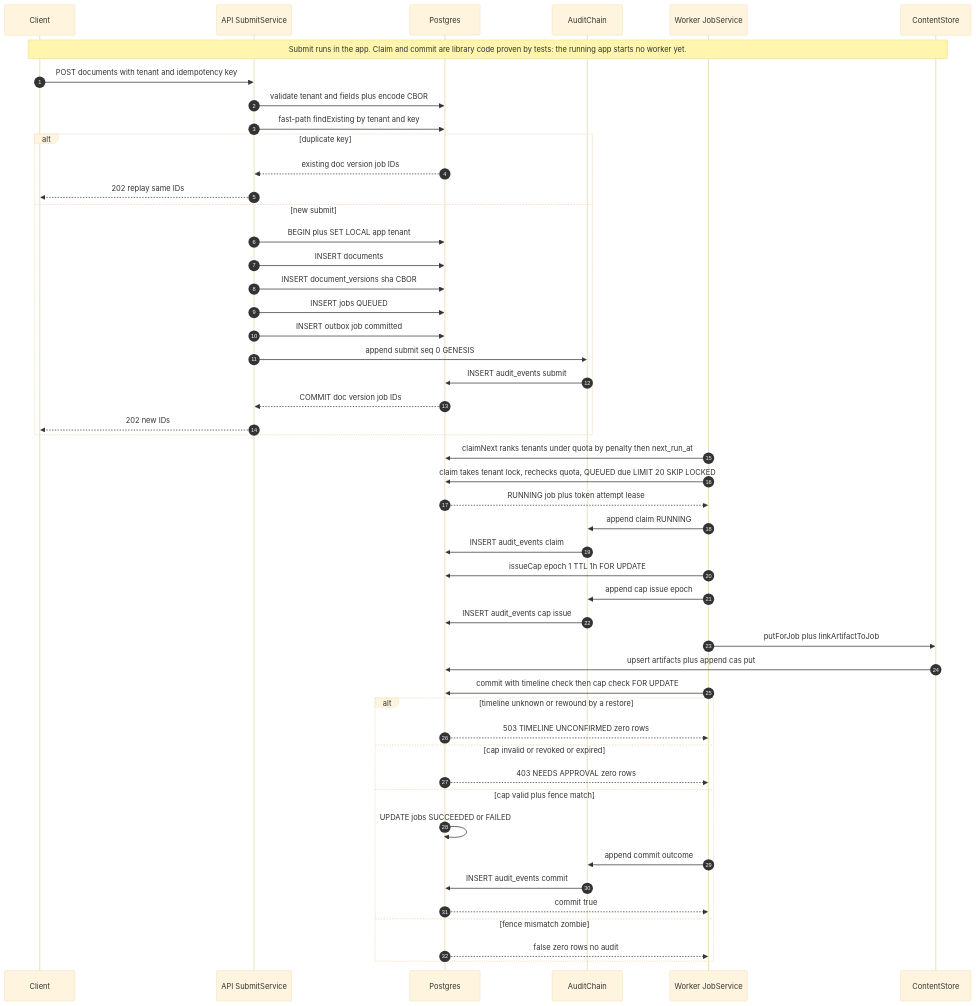
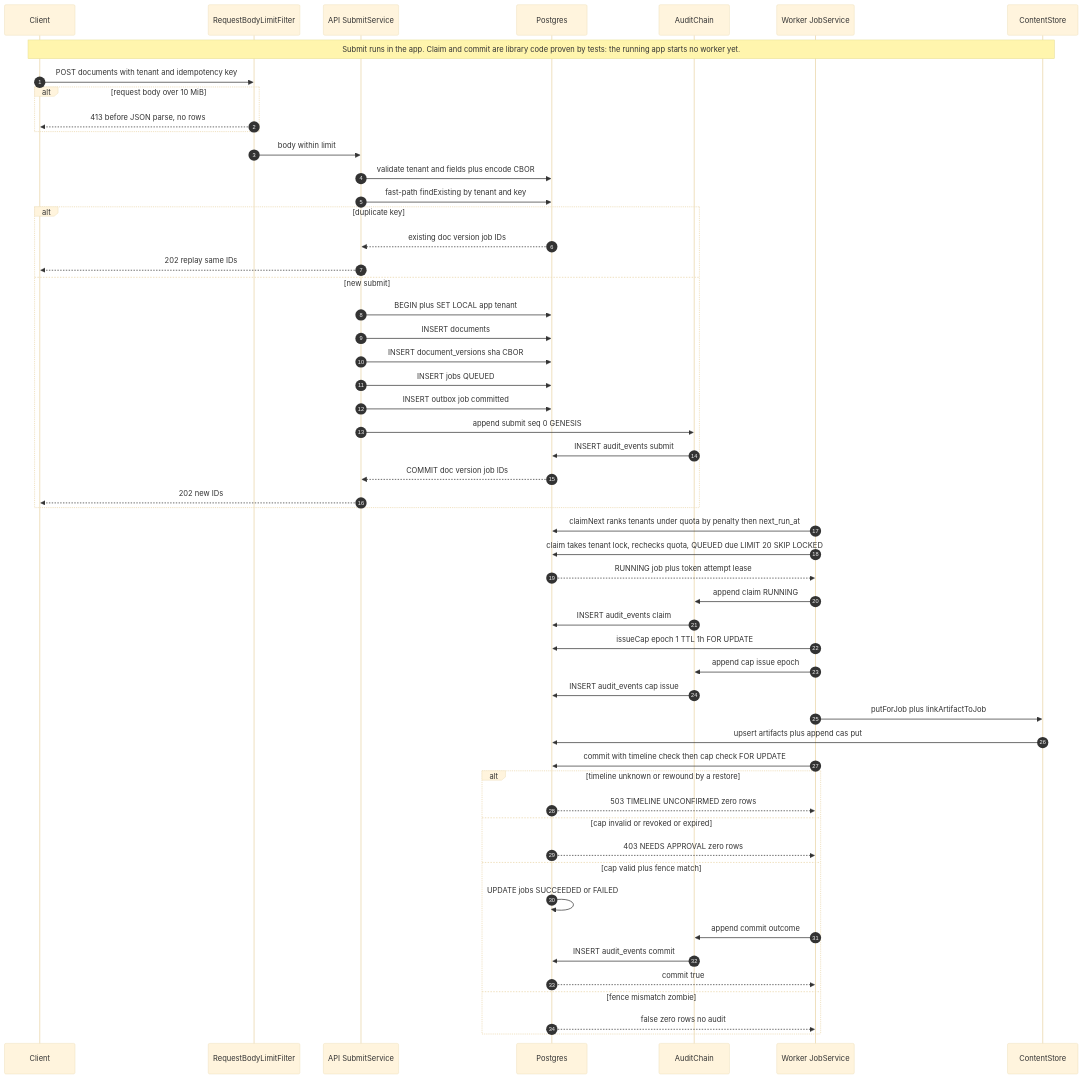
One commit to G1DO/anvil changed the diagram in docs/architecture/flow-submit-claim-commit.mmd. Above: the diagram before and after it, drawn with Mermaid (base theme). The commit also changed 12 other files, not shown here.

First line of the commit message:
Enforce the invoice upload limit before parsing

```diff
--- a/docs/architecture/flow-submit-claim-commit.mmd
+++ b/docs/architecture/flow-submit-claim-commit.mmd
@@ -1,49 +1,54 @@
 sequenceDiagram
     autonumber
     participant C as Client
+    participant L as RequestBodyLimitFilter
     participant A as API SubmitService
     participant D as Postgres
     participant U as AuditChain
     participant W as Worker JobService
     participant S as ContentStore
     Note over C,S: Submit runs in the app. Claim and commit are library code proven by tests: the running app starts no worker yet.
-    C->>A: POST documents with tenant and idempotency key
+    C->>L: POST documents with tenant and idempotency key
+    alt request body over 10 MiB
+        L-->>C: 413 before JSON parse, no rows
+    end
+    L->>A: body within limit
     A->>D: validate tenant and fields plus encode CBOR
     A->>D: fast-path findExisting by tenant and key
     alt duplicate key
         D-->>A: existing doc version job IDs
         A-->>C: 202 replay same IDs
     else new submit
         A->>D: BEGIN plus SET LOCAL app tenant
         A->>D: INSERT documents
         A->>D: INSERT document_versions sha CBOR
         A->>D: INSERT jobs QUEUED
         A->>D: INSERT outbox job committed
         A->>U: append submit seq 0 GENESIS
         U->>D: INSERT audit_events submit
         D-->>A: COMMIT doc version job IDs
         A-->>C: 202 new IDs
     end
     W->>D: claimNext ranks tenants under quota by penalty then next_run_at
     W->>D: claim takes tenant lock, rechecks quota, QUEUED due LIMIT 20 SKIP LOCKED
     D-->>W: RUNNING job plus token attempt lease
     W->>U: append claim RUNNING
     U->>D: INSERT audit_events claim
     W->>D: issueCap epoch 1 TTL 1h FOR UPDATE
     W->>U: append cap issue epoch
     U->>D: INSERT audit_events cap issue
     W->>S: putForJob plus linkArtifactToJob
     S->>D: upsert artifacts plus append cas put
     W->>D: commit with timeline check then cap check FOR UPDATE
     alt timeline unknown or rewound by a restore
         D-->>W: 503 TIMELINE UNCONFIRMED zero rows
     else cap invalid or revoked or expired
         D-->>W: 403 NEEDS APPROVAL zero rows
     else cap valid plus fence match
         D->>D: UPDATE jobs SUCCEEDED or FAILED
         W->>U: append commit outcome
         U->>D: INSERT audit_events commit
         D-->>W: commit true
     else fence mismatch zombie
         D-->>W: false zero rows no audit
     end
```
